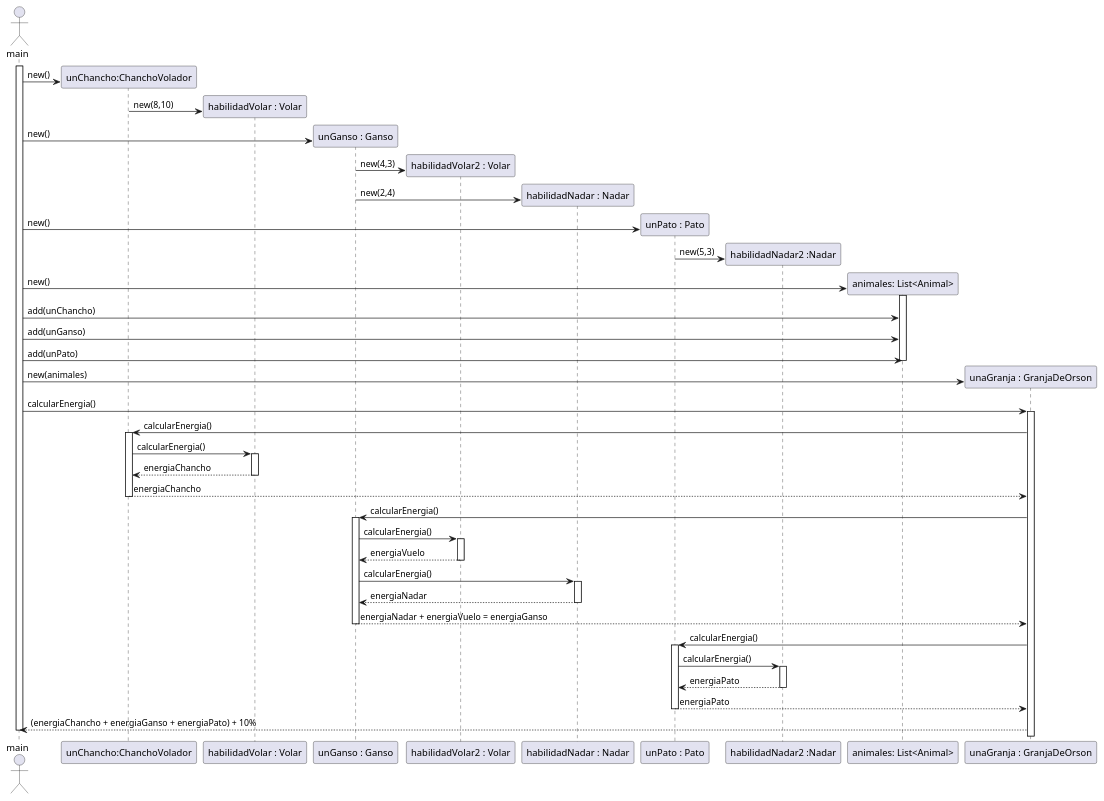
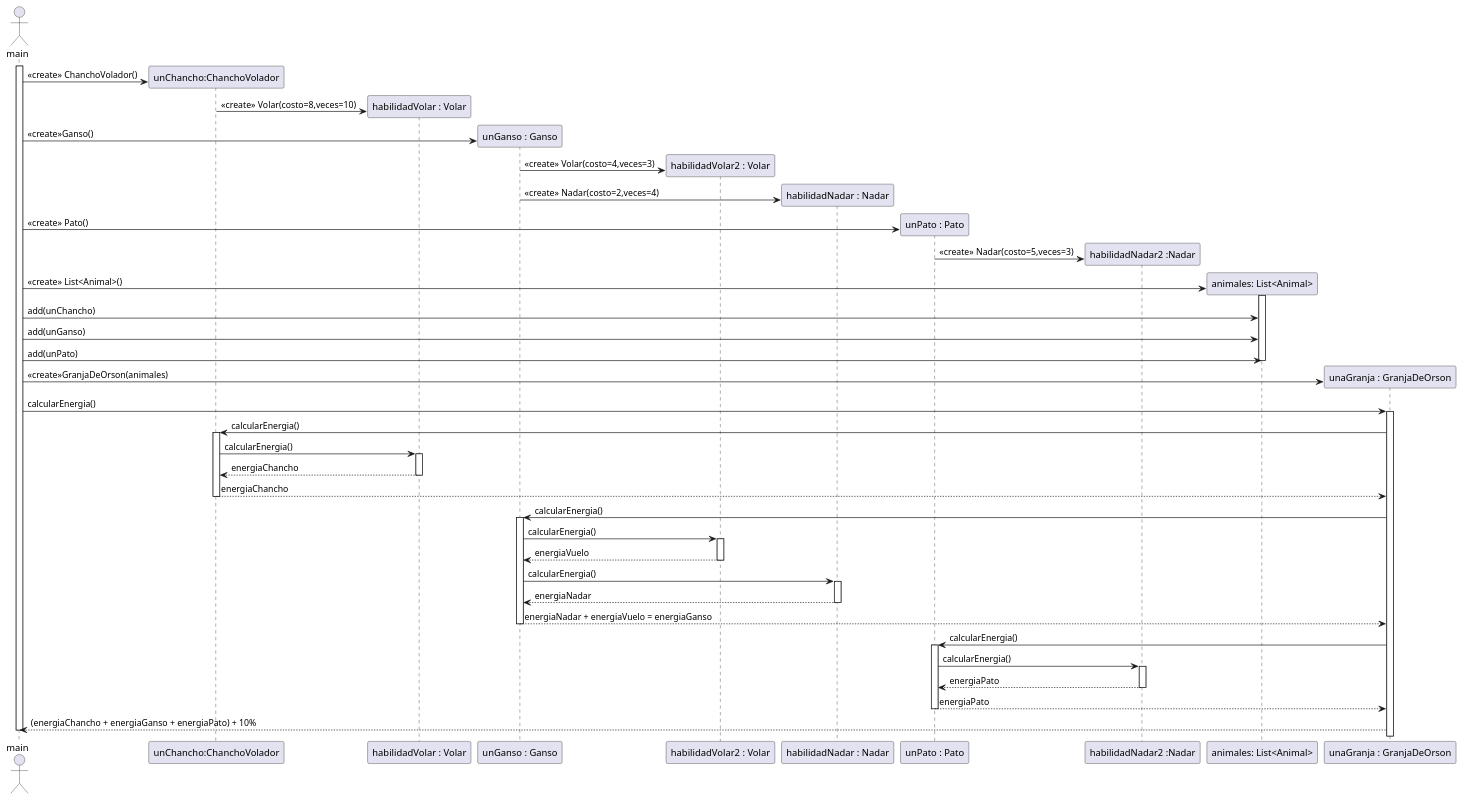
One commit to Mortha4/algoritmos3-parciales-Suarez changed the diagram in GranjaOrson1C2026/diagrama/casoDeUso2.puml. Above: the diagram before and after it, drawn with PlantUML. The commit also changed 5 other files, not shown here.

```diff
--- a/GranjaOrson1C2026/diagrama/casoDeUso2.puml
+++ b/GranjaOrson1C2026/diagrama/casoDeUso2.puml
@@ -1,81 +1,81 @@
 @startuml
 
 'calcular energia de chancho volador despues de 2 aleteos'
 
 
 actor main
 activate main
 
 create participant "unChancho:ChanchoVolador" as chancho
-main -> chancho : new()
+main -> chancho : <<create>> ChanchoVolador()
 create participant "habilidadVolar : Volar" as volarChancho
-chancho -> volarChancho : new(8,10)
+chancho -> volarChancho : <<create>> Volar(costo=8,veces=10)
 
 create participant "unGanso : Ganso" as ganso
-main -> ganso : new()
+main -> ganso : <<create>>Ganso()
 create participant "habilidadVolar2 : Volar" as volarGanso
-ganso -> volarGanso : new(4,3)
+ganso -> volarGanso : <<create>> Volar(costo=4,veces=3)
 create participant "habilidadNadar : Nadar" as nadarGanso
-ganso -> nadarGanso : new(2,4)
+ganso -> nadarGanso : <<create>> Nadar(costo=2,veces=4)
 
-create participant "unPato : Pato" as pato 
-main -> pato : new()
-create participant "habilidadNadar2 :Nadar" as nadarPato 
-pato -> nadarPato : new(5,3)
+create participant "unPato : Pato" as pato
+main -> pato : <<create>> Pato()
+create participant "habilidadNadar2 :Nadar" as nadarPato
+pato -> nadarPato : <<create>> Nadar(costo=5,veces=3)
 
 create participant "animales: List<Animal>" as animales
-main -> animales : new()
+main -> animales : <<create>> List<Animal>()
 activate animales
 main -> animales : add(unChancho)
 main ->animales : add(unGanso)
 main -> animales : add(unPato)
 deactivate animales
 
-create participant "unaGranja : GranjaDeOrson" as granja 
-main -> granja : new(animales)
+create participant "unaGranja : GranjaDeOrson" as granja
+main -> granja : <<create>>GranjaDeOrson(animales)
 main -> granja : calcularEnergia()
-activate granja 
+activate granja
 
 granja -> chancho : calcularEnergia()
 activate chancho
 chancho -> volarChancho : calcularEnergia()
 activate volarChancho
 volarChancho --> chancho : energiaChancho
 deactivate volarChancho
 chancho --> granja : energiaChancho
 deactivate chancho
 
 granja -> ganso : calcularEnergia()
 activate ganso
 ganso -> volarGanso : calcularEnergia()
 activate volarGanso
 volarGanso --> ganso : energiaVuelo
 deactivate volarGanso
 ganso -> nadarGanso : calcularEnergia()
 activate nadarGanso
 nadarGanso --> ganso : energiaNadar
 deactivate nadarGanso
 ganso --> granja : energiaNadar + energiaVuelo = energiaGanso
 deactivate ganso
 
 granja -> pato : calcularEnergia()
 activate pato  
 pato -> nadarPato : calcularEnergia()
 activate nadarPato
 nadarPato --> pato : energiaPato
 deactivate nadarPato
 pato --> granja : energiaPato
 deactivate pato
 
 granja --> main : (energiaChancho + energiaGanso + energiaPato) + 10%
 deactivate main
 
 
 
 
 
 
 
 
 
 @enduml
```
